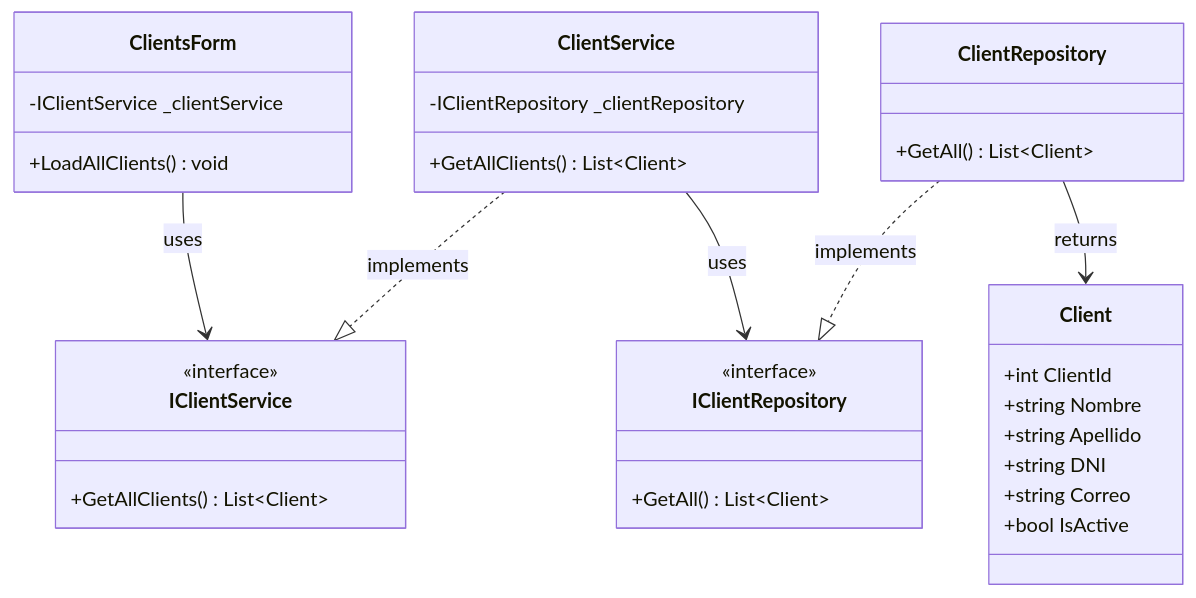
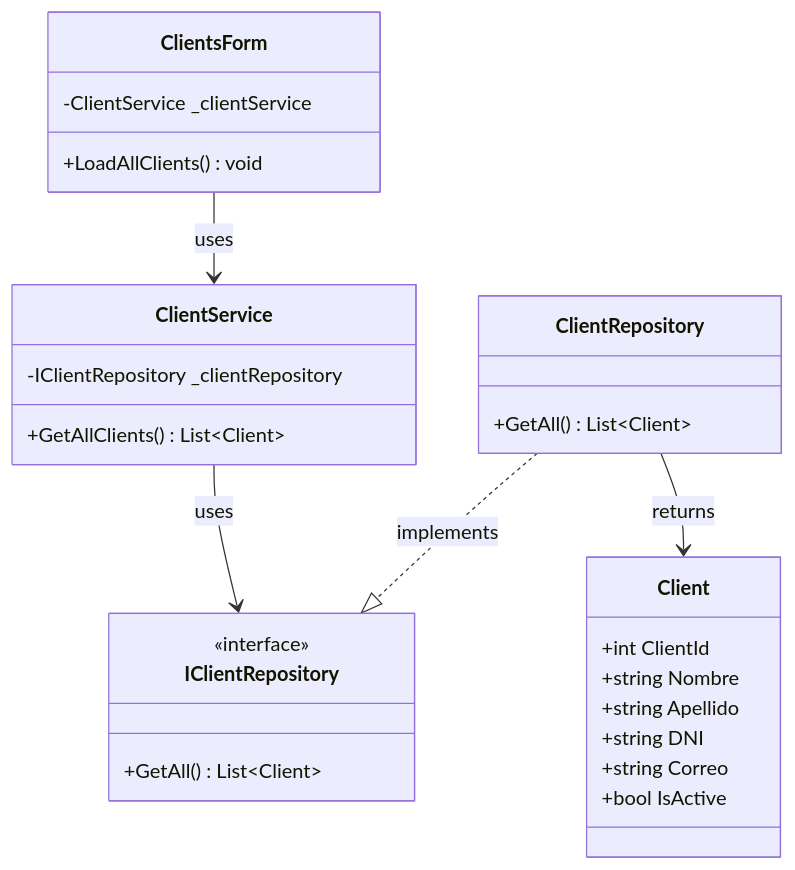
Before and after one commit to nahuk86/tp_diploma_nk_2026: the seventh of 12 diagrams in Documentation/UML_Diagrams/17_Clients_UseCases.md, drawn with Mermaid. The commit also changed other lines of this file and 5 other files, not shown here.

First line of the commit message:
Fix UML documentation: remove non-existent BLL service interfaces

````diff
--- a/Documentation/UML_Diagrams/17_Clients_UseCases.md
+++ b/Documentation/UML_Diagrams/17_Clients_UseCases.md
@@ -272,41 +252,36 @@
 ```mermaid
 classDiagram
     class ClientsForm {
-        -IClientService _clientService
+        -ClientService _clientService
         +LoadAllClients() void
     }
 
-    class IClientService {
-        <<interface>>
-        +GetAllClients() List~Client~
-    }
 
     class ClientService {
         -IClientRepository _clientRepository
         +GetAllClients() List~Client~
     }
 
     class IClientRepository {
         <<interface>>
         +GetAll() List~Client~
     }
 
     class ClientRepository {
         +GetAll() List~Client~
     }
 
     class Client {
         +int ClientId
         +string Nombre
         +string Apellido
         +string DNI
         +string Correo
         +bool IsActive
     }
 
-    ClientsForm --> IClientService : uses
-    ClientService ..|> IClientService : implements
+    ClientsForm --> ClientService : uses
     ClientService --> IClientRepository : uses
     ClientRepository ..|> IClientRepository : implements
     ClientRepository --> Client : returns
 ```
````
